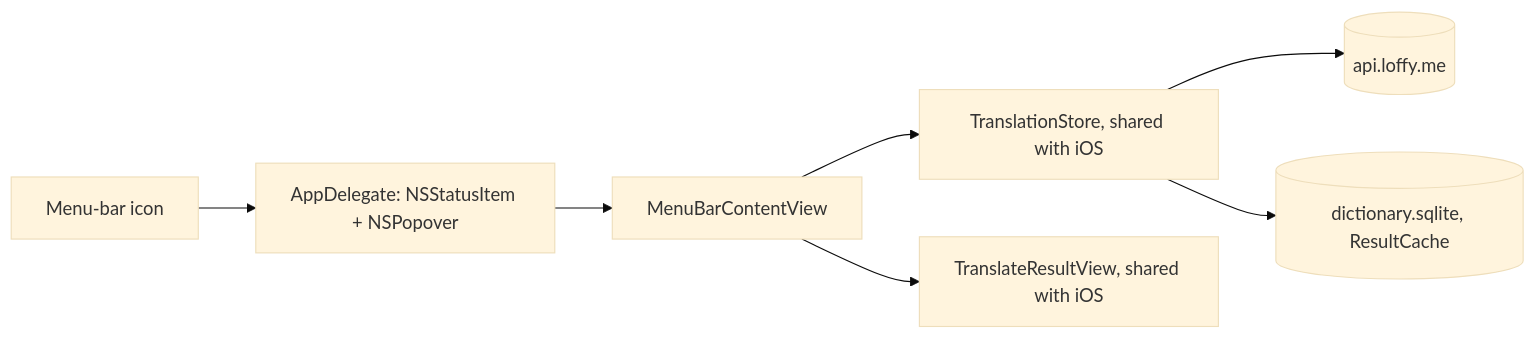
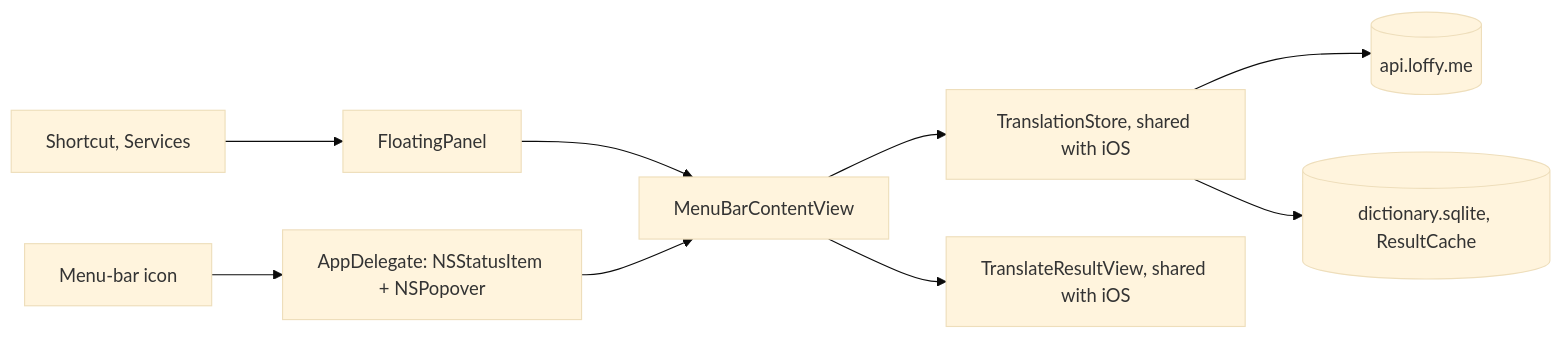
One commit to tranphuocloc070699/saynata changed the diagram in backlog/docs/features/doc-20 - Mac-app.md. Above: the diagram before and after it, drawn with Mermaid (base theme). The commit also changed other lines of this file and 4 other files, not shown here.

First line of the commit message:
TASK-85: Mac shortcut opens a Spotlight-style panel; hidden icon no longer misplaces the popover

````diff
--- a/backlog/docs/features/doc-20 - Mac-app.md
+++ b/backlog/docs/features/doc-20 - Mac-app.md
@@ -21,9 +21,11 @@
 ```mermaid
 flowchart LR
     I[Menu-bar icon] --> D[AppDelegate: NSStatusItem + NSPopover]
+    K[Shortcut, Services] --> P[FloatingPanel]
+    P --> V
     D --> V[MenuBarContentView]
     V --> S[TranslationStore, shared with iOS]
     V --> R[TranslateResultView, shared with iOS]
     S --> B[(api.loffy.me)]
     S --> L[(dictionary.sqlite, ResultCache)]
 ```
````
